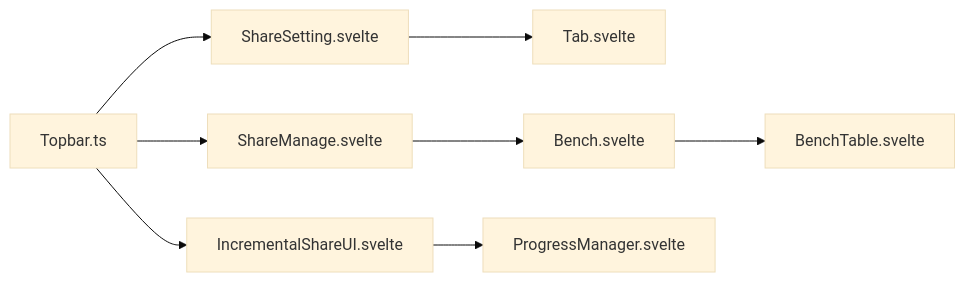
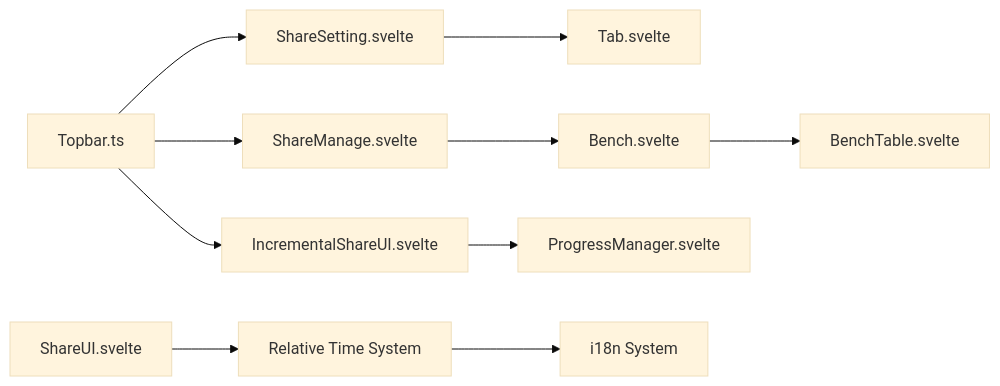
One commit to terwerinc/siyuan-plugin-share-pro changed the sixth of 6 diagrams in .qoder/repowiki/zh/content/UI组件系统/UI组件系统.md. Above: the diagram before and after it, drawn with Mermaid (base theme). The commit also changed other lines of this file and 8 other files, not shown here.

````diff
--- a/.qoder/repowiki/zh/content/UI组件系统/UI组件系统.md
+++ b/.qoder/repowiki/zh/content/UI组件系统/UI组件系统.md
@@ -285,10 +447,12 @@
 ```mermaid
 graph LR
 SS["ShareSetting.svelte"] --> T["Tab.svelte"]
 SM["ShareManage.svelte"] --> B["Bench.svelte"]
 B --> BT["BenchTable.svelte"]
 ISI["IncrementalShareUI.svelte"] --> PM["ProgressManager.svelte"]
 TS["Topbar.ts"] --> ISI
 TS --> SS
 TS --> SM
+SU["ShareUI.svelte"] --> RT["Relative Time System"]
+RT --> I18N["i18n System"]
 ```
````
